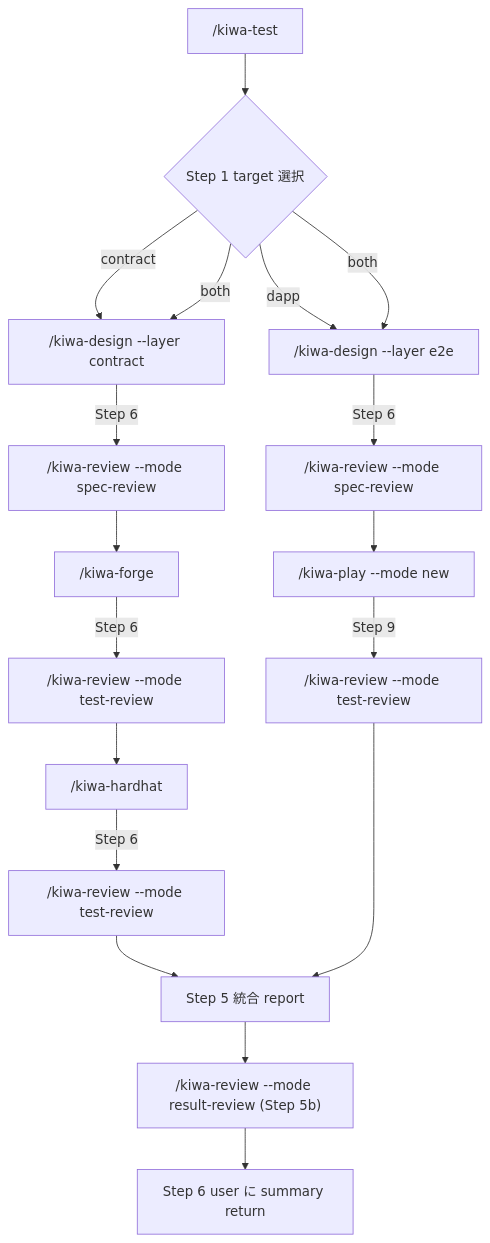
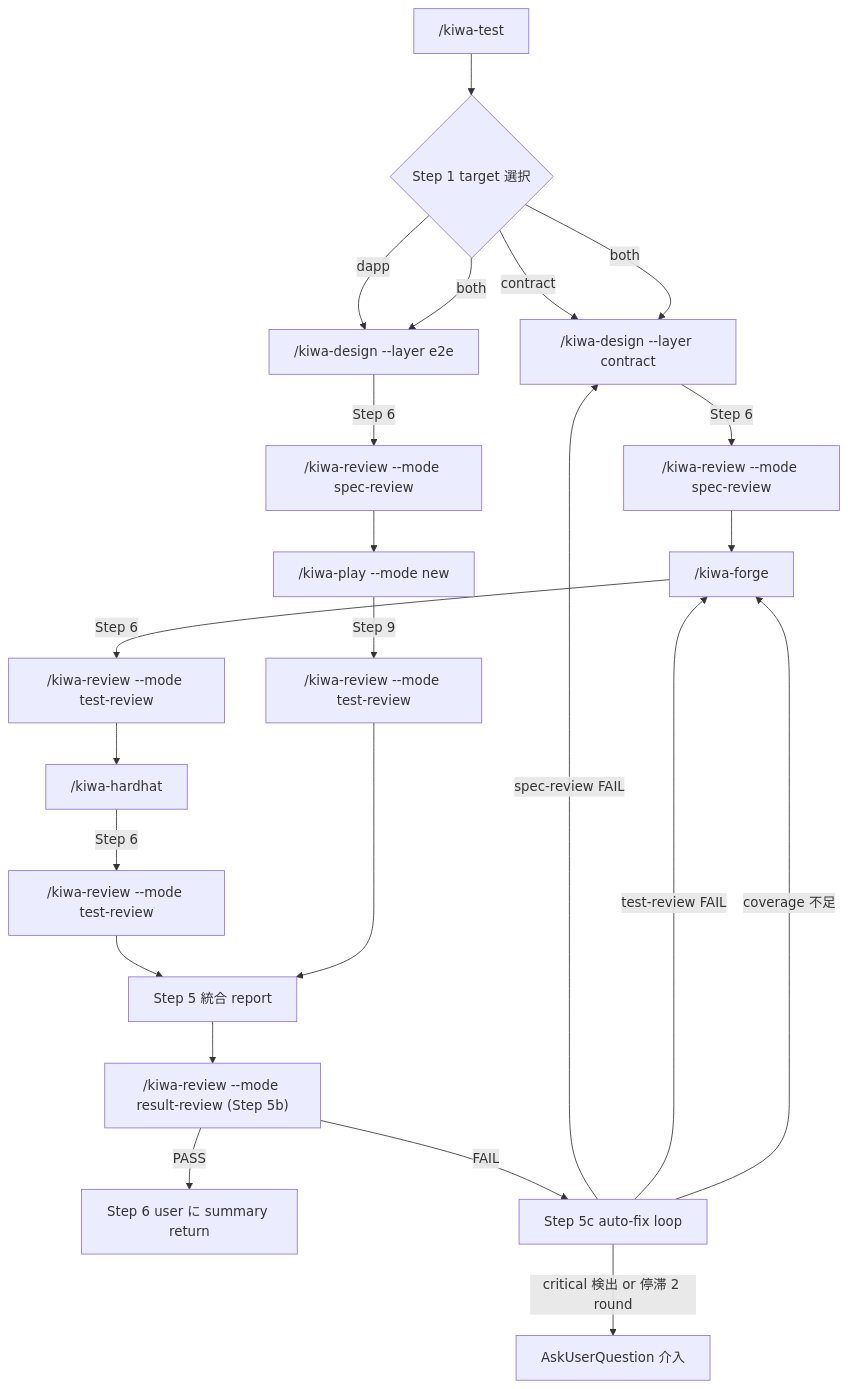
Before and after one commit to cardene777/kiwa: the diagram in .claude/skills/kiwa-test/SKILL.md, drawn with Mermaid. The commit also changed other lines of this file and 1 other file, not shown here.

First line of the commit message:
✨ feat(skills+docs): /kiwa-test に auto-fix loop (Step 5c) を追加、 max round なし 3 条件で終了 (#215)

````diff
--- a/.claude/skills/kiwa-test/SKILL.md
+++ b/.claude/skills/kiwa-test/SKILL.md
@@ -289,20 +345,25 @@
 ```mermaid
 graph TD
     A["/kiwa-test"] --> B{Step 1 target 選択}
     B -->|contract| C1["/kiwa-design --layer contract"]
     B -->|dapp| D1["/kiwa-design --layer e2e"]
     B -->|both| C1
     B -->|both| D1
     C1 -->|Step 6| R1["/kiwa-review --mode spec-review"]
     R1 --> C2["/kiwa-forge"]
     C2 -->|Step 6| R2["/kiwa-review --mode test-review"]
     R2 --> C3["/kiwa-hardhat"]
     C3 -->|Step 6| R3["/kiwa-review --mode test-review"]
     D1 -->|Step 6| R4["/kiwa-review --mode spec-review"]
     R4 --> D2["/kiwa-play --mode new"]
     D2 -->|Step 9| R5["/kiwa-review --mode test-review"]
-    R3 --> E[Step 5 統合 report]
+    R3 --> E["Step 5 統合 report"]
     R5 --> E
     E --> R6["/kiwa-review --mode result-review (Step 5b)"]
-    R6 --> F["Step 6 user に summary return"]
+    R6 -->|PASS| F["Step 6 user に summary return"]
+    R6 -->|FAIL| L["Step 5c auto-fix loop"]
+    L -->|spec-review FAIL| C1
+    L -->|test-review FAIL| C2
+    L -->|coverage 不足| C2
+    L -->|critical 検出 or 停滞 2 round| F2["AskUserQuestion 介入"]
 ```
````
